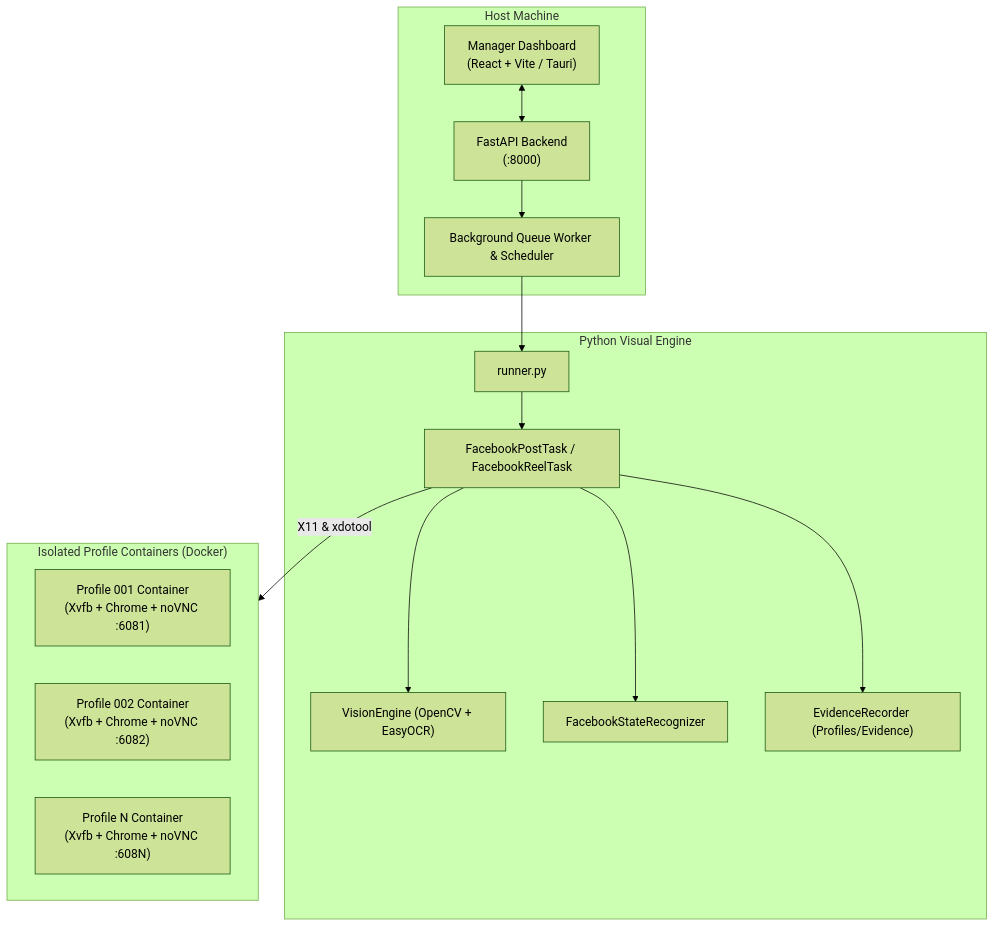
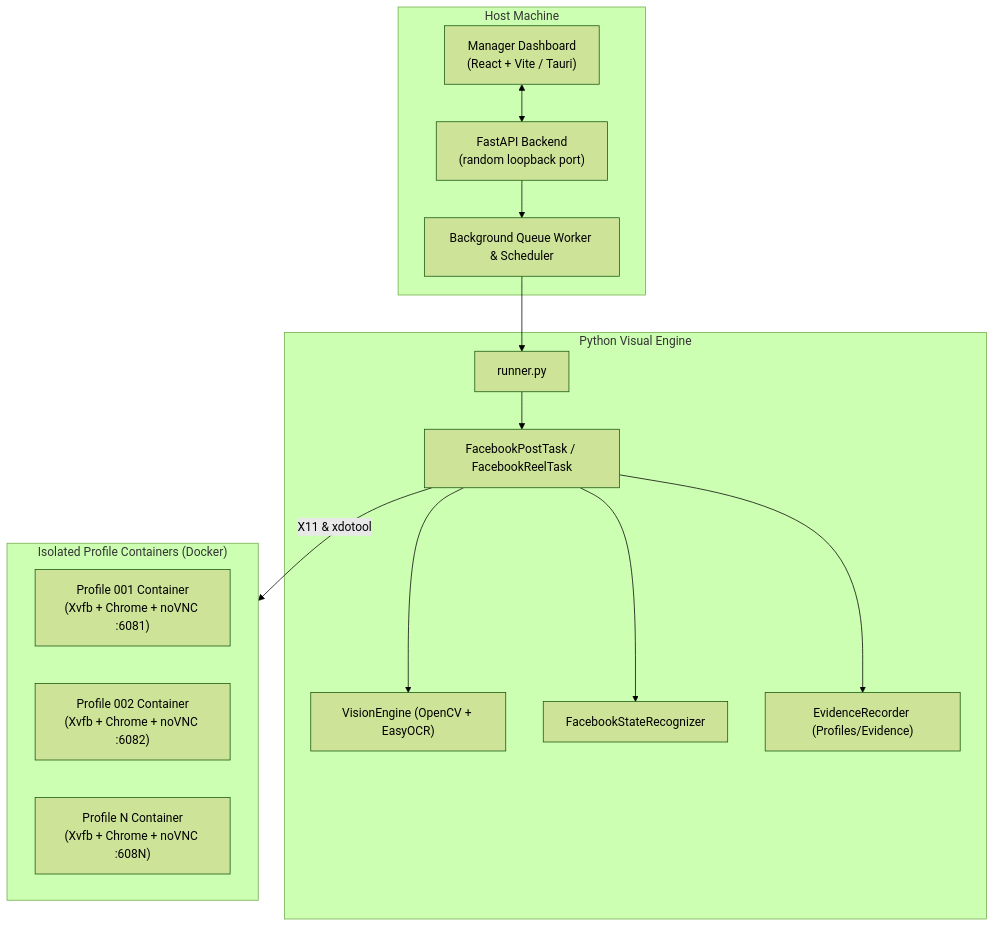
Before and after one commit to rathana-pvs/anti_bot_browser: the diagram in README.md, drawn with Mermaid (forest theme). The commit also changed other lines of this file and 25 other files, not shown here.

````diff
--- a/README.md
+++ b/README.md
@@ -45,31 +45,31 @@
 ```mermaid
 flowchart TD
     subgraph Host["Host Machine"]
         ManagerApp["Manager Dashboard<br/>(React + Vite / Tauri)"]
-        Backend["FastAPI Backend<br/>(:8000)"]
+        Backend["FastAPI Backend<br/>(random loopback port)"]
         QueueWorker["Background Queue Worker & Scheduler"]
     end
 
     subgraph Automation["Python Visual Engine"]
         Runner["runner.py"]
         Vision["VisionEngine (OpenCV + EasyOCR)"]
         Recognizer["FacebookStateRecognizer"]
         Evidence["EvidenceRecorder (Profiles/Evidence)"]
         Tasks["FacebookPostTask / FacebookReelTask"]
     end
 
     subgraph Containers["Isolated Profile Containers (Docker)"]
         Profile1["Profile 001 Container<br/>(Xvfb + Chrome + noVNC :6081)"]
         Profile2["Profile 002 Container<br/>(Xvfb + Chrome + noVNC :6082)"]
         ProfileN["Profile N Container<br/>(Xvfb + Chrome + noVNC :608N)"]
     end
 
     ManagerApp <--> Backend
     Backend --> QueueWorker
     QueueWorker --> Runner
     Runner --> Tasks
     Tasks --> Vision
     Tasks --> Recognizer
     Tasks --> Evidence
     Tasks -- "X11 & xdotool" --> Containers
 ```
````
